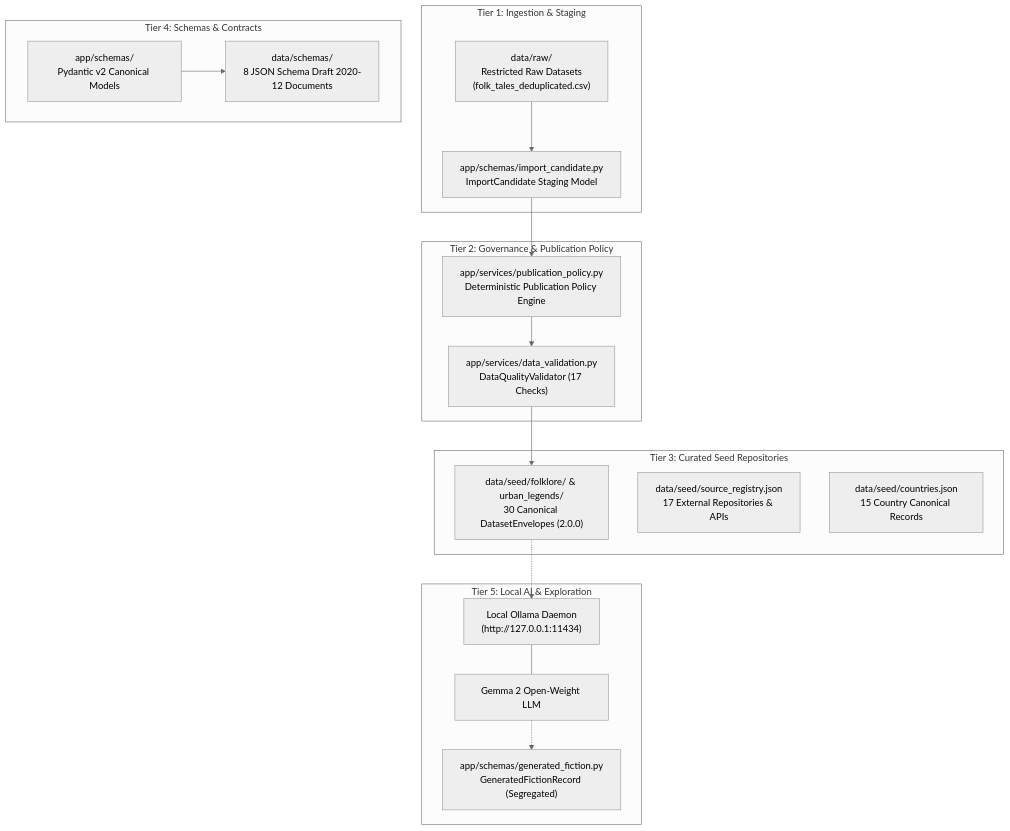
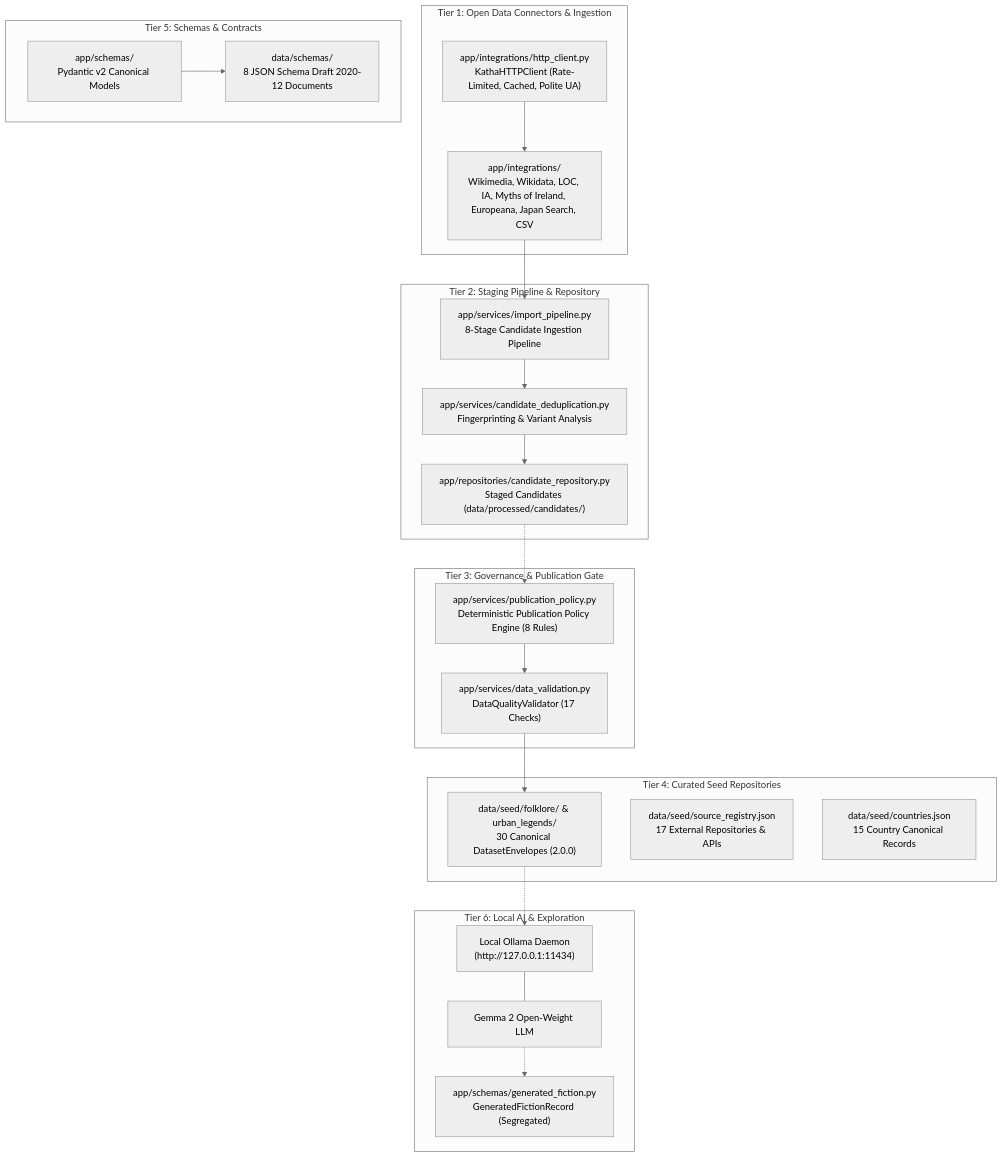
One commit to AnshMeshram/KathaYantra changed the first of 2 diagrams in docs/architecture.md. Above: the diagram before and after it, drawn with Mermaid (neutral theme). The commit also changed other lines of this file and 66 other files, not shown here.

Commit message:
feat: KathaYantra Phase 3 - real API integrations, open data connectors, and import candidate pipeline

````diff
--- a/docs/architecture.md
+++ b/docs/architecture.md
@@ -14,37 +14,46 @@
 ```mermaid
 flowchart TD
-    subgraph Tier 1: Ingestion & Staging
-        RAW["data/raw/<br>Restricted Raw Datasets<br>(folk_tales_deduplicated.csv)"]
-        CANDIDATES["app/schemas/import_candidate.py<br>ImportCandidate Staging Model"]
-        RAW --> CANDIDATES
+    subgraph Tier 1: Open Data Connectors & Ingestion
+        HTTP["app/integrations/http_client.py<br>KathaHTTPClient (Rate-Limited, Cached, Polite UA)"]
+        CONNECTORS["app/integrations/<br>Wikimedia, Wikidata, LOC, IA, Myths of Ireland, Europeana, Japan Search, CSV"]
+        HTTP --> CONNECTORS
     end
 
-    subgraph Tier 2: Governance & Publication Policy
-        POLICY["app/services/publication_policy.py<br>Deterministic Publication Policy Engine"]
+    subgraph Tier 2: Staging Pipeline & Repository
+        PIPELINE["app/services/import_pipeline.py<br>8-Stage Candidate Ingestion Pipeline"]
+        DEDUP["app/services/candidate_deduplication.py<br>Fingerprinting & Variant Analysis"]
+        REPO["app/repositories/candidate_repository.py<br>Staged Candidates (data/processed/candidates/)"]
+        CONNECTORS --> PIPELINE
+        PIPELINE --> DEDUP
+        DEDUP --> REPO
+    end
+
+    subgraph Tier 3: Governance & Publication Gate
+        POLICY["app/services/publication_policy.py<br>Deterministic Publication Policy Engine (8 Rules)"]
         VALIDATOR["app/services/data_validation.py<br>DataQualityValidator (17 Checks)"]
-        CANDIDATES --> POLICY
+        REPO -.-> POLICY
         POLICY --> VALIDATOR
     end
 
-    subgraph Tier 3: Curated Seed Repositories
+    subgraph Tier 4: Curated Seed Repositories
         SEED["data/seed/folklore/ & urban_legends/<br>30 Canonical DatasetEnvelopes (2.0.0)"]
         REGISTRY["data/seed/source_registry.json<br>17 External Repositories & APIs"]
         COUNTRIES["data/seed/countries.json<br>15 Country Canonical Records"]
         VALIDATOR --> SEED
     end
 
-    subgraph Tier 4: Schemas & Contracts
+    subgraph Tier 5: Schemas & Contracts
         PYDANTIC["app/schemas/<br>Pydantic v2 Canonical Models"]
         EXPORTS["data/schemas/<br>8 JSON Schema Draft 2020-12 Documents"]
         PYDANTIC --> EXPORTS
     end
 
-    subgraph Tier 5: Local AI & Exploration
+    subgraph Tier 6: Local AI & Exploration
         OLLAMA["Local Ollama Daemon<br>(http://127.0.0.1:11434)"]
         GEMMA["Gemma 2 Open-Weight LLM"]
         FICTION["app/schemas/generated_fiction.py<br>GeneratedFictionRecord (Segregated)"]
         SEED -.-> OLLAMA
         OLLAMA --- GEMMA
         GEMMA -.-> FICTION
     end
 ```
````
